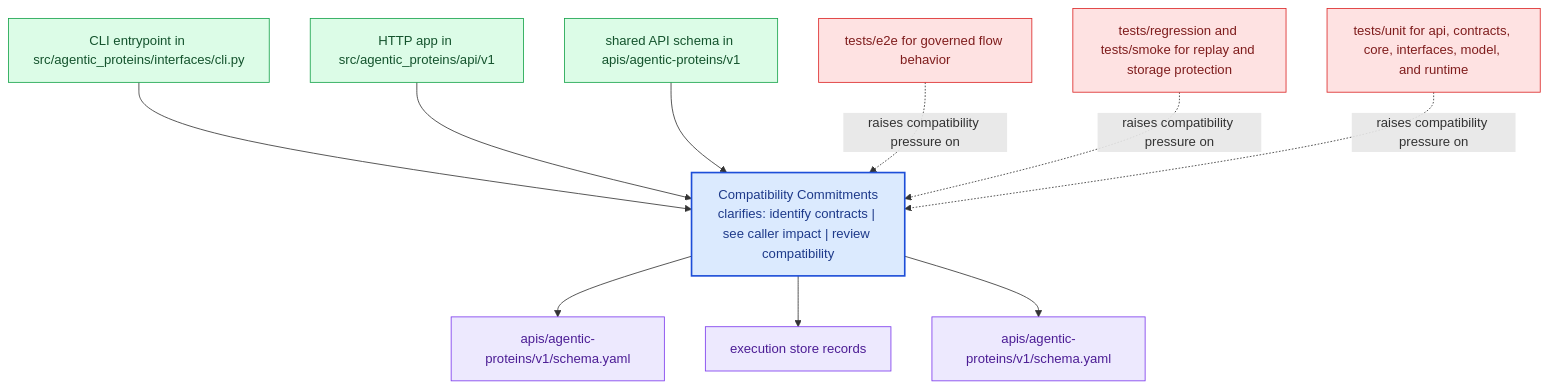
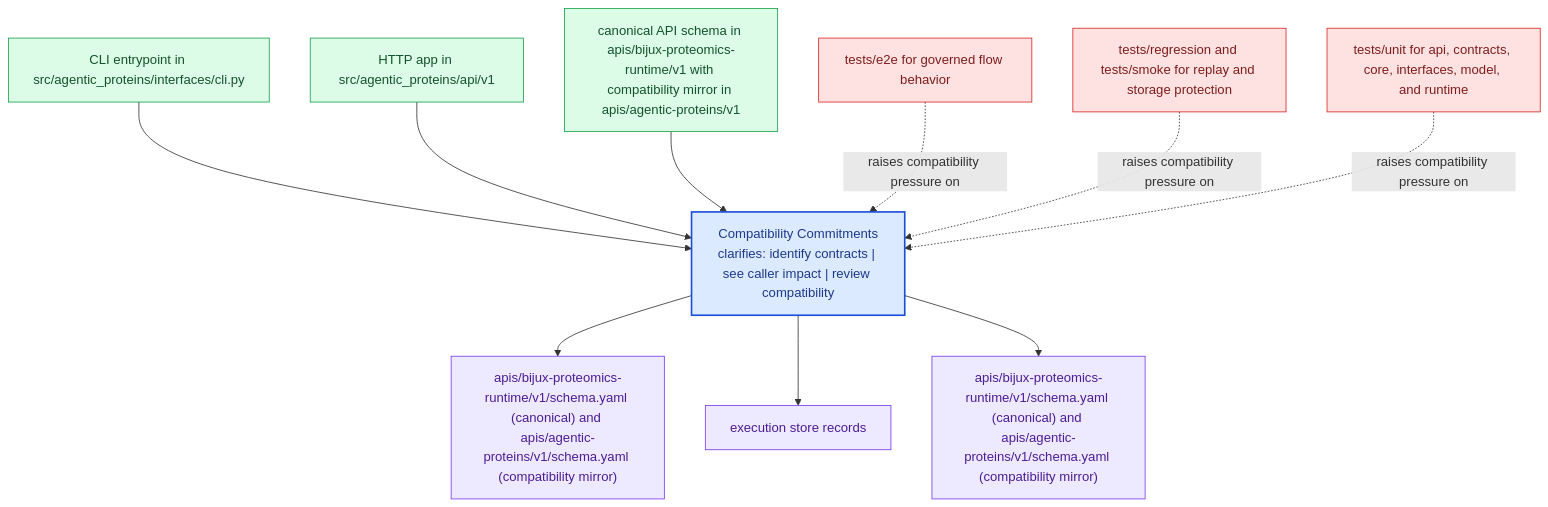
The diagram in docs/02-agentic-proteins/interfaces/compatibility-commitments.md (bijux/bijux-proteomics), drawn with Mermaid before and after one commit. The commit also changed other lines of this file and 9 other files, not shown here.

Commit message:
docs(compat-interfaces): point api contract references to canonical runtime root

````diff
--- a/docs/02-agentic-proteins/interfaces/compatibility-commitments.md
+++ b/docs/02-agentic-proteins/interfaces/compatibility-commitments.md
@@ -23,31 +23,31 @@
 ```mermaid
 flowchart TB
     page["Compatibility Commitments<br/>clarifies: identify contracts | see caller impact | review compatibility"]
     classDef page fill:#dbeafe,stroke:#1d4ed8,color:#1e3a8a,stroke-width:2px;
     classDef positive fill:#dcfce7,stroke:#16a34a,color:#14532d;
     classDef caution fill:#fee2e2,stroke:#dc2626,color:#7f1d1d;
     classDef anchor fill:#ede9fe,stroke:#7c3aed,color:#4c1d95;
     classDef action fill:#fef3c7,stroke:#d97706,color:#7c2d12;
     surface1["CLI entrypoint in src/agentic_proteins/interfaces/cli.py"]
     surface1 --> page
     surface2["HTTP app in src/agentic_proteins/api/v1"]
     surface2 --> page
-    surface3["shared API schema in apis/agentic-proteins/v1"]
+    surface3["canonical API schema in apis/bijux-proteomics-runtime/v1 with compatibility mirror in apis/agentic-proteins/v1"]
     surface3 --> page
-    proof1["apis/agentic-proteins/v1/schema.yaml"]
+    proof1["apis/bijux-proteomics-runtime/v1/schema.yaml (canonical) and apis/agentic-proteins/v1/schema.yaml (compatibility mirror)"]
     page --> proof1
     proof2["execution store records"]
     page --> proof2
-    proof3["apis/agentic-proteins/v1/schema.yaml"]
+    proof3["apis/bijux-proteomics-runtime/v1/schema.yaml (canonical) and apis/agentic-proteins/v1/schema.yaml (compatibility mirror)"]
     page --> proof3
     review1["tests/e2e for governed flow behavior"]
     review1 -.raises compatibility pressure on.-> page
     review2["tests/regression and tests/smoke for replay and storage protection"]
     review2 -.raises compatibility pressure on.-> page
     review3["tests/unit for api, contracts, core, interfaces, model, and runtime"]
     review3 -.raises compatibility pressure on.-> page
     class page page;
     class surface1,surface2,surface3 positive;
     class proof1,proof2,proof3 anchor;
     class review1,review2,review3 caution;
 ```
````
